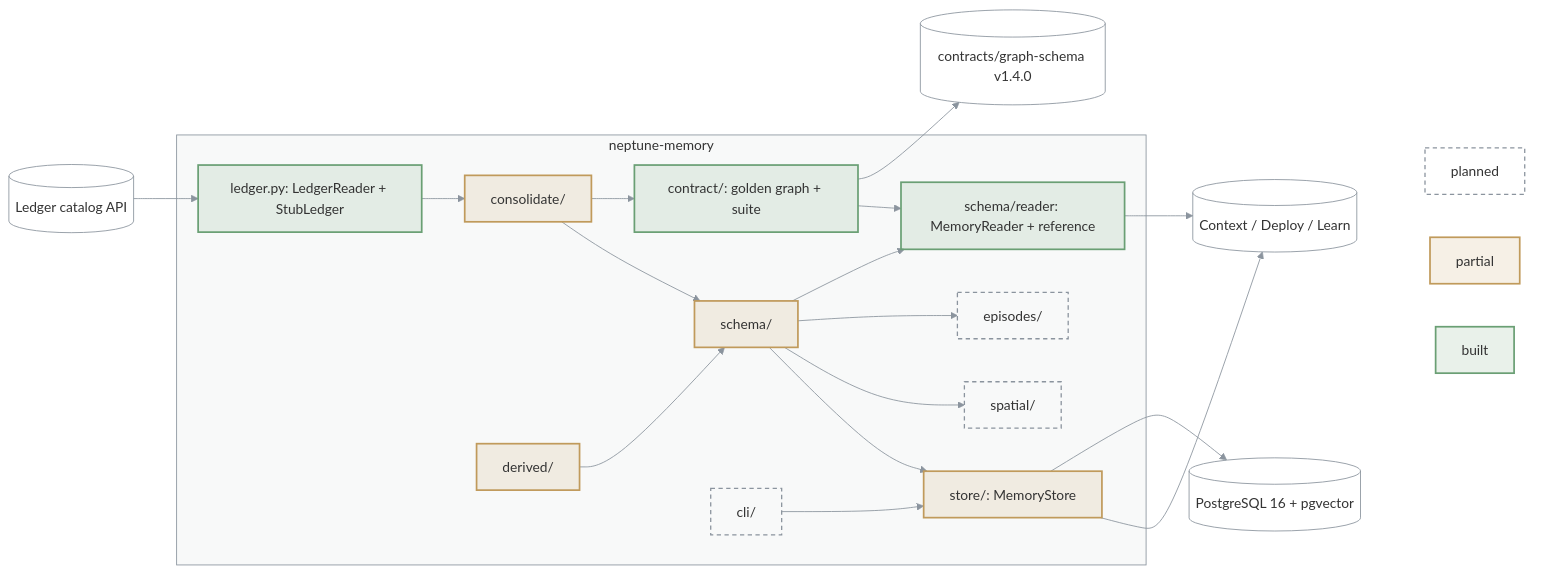
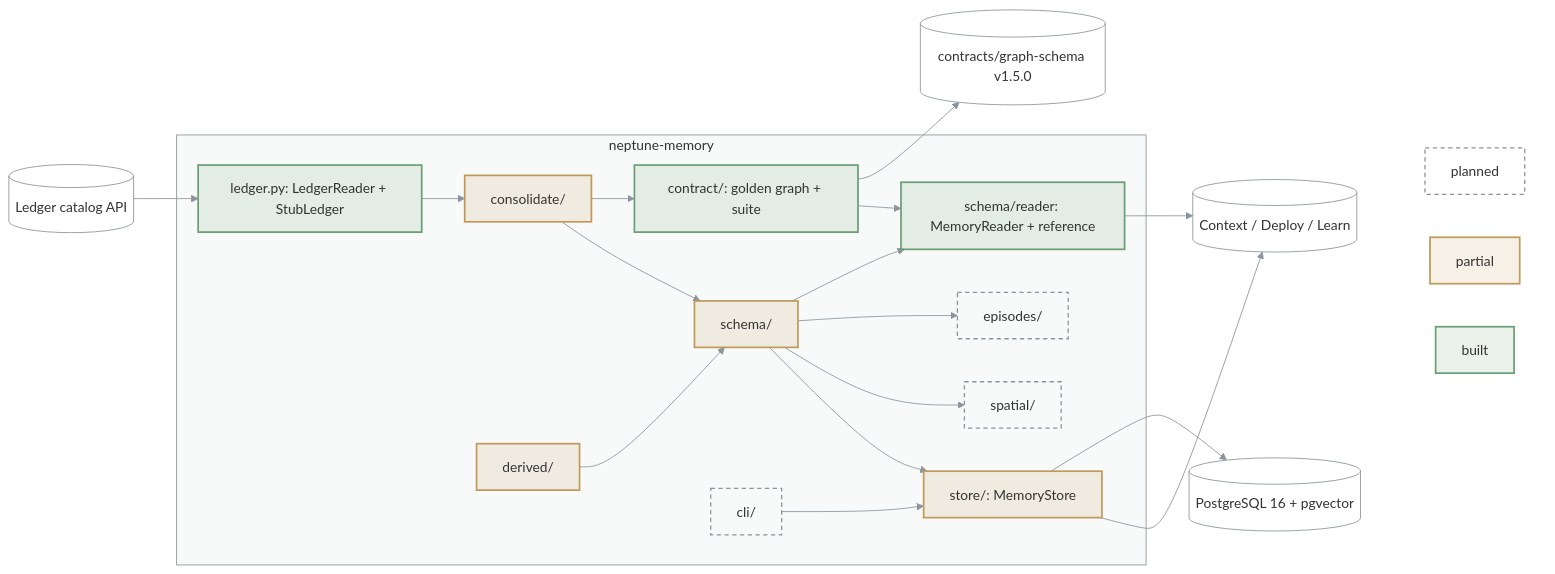
The diagram in packages/neptune-memory/ARCHITECTURE.md (bennytay/neptune), drawn with Mermaid before and after one commit. The commit also changed 29 other files, not shown here.

````diff
--- a/packages/neptune-memory/ARCHITECTURE.md
+++ b/packages/neptune-memory/ARCHITECTURE.md
@@ -3,48 +3,48 @@
 ```mermaid
 flowchart LR
   LED[("Ledger catalog API")]
   PG[("PostgreSQL 16 + pgvector")]
   subgraph M["neptune-memory"]
     SEAM["ledger.py: LedgerReader + StubLedger"]
     CON["consolidate/"]
     DER["derived/"]
     SCH["schema/"]
     RD["schema/reader: MemoryReader + reference"]
     CT["contract/: golden graph + suite"]
     STO["store/: MemoryStore"]
     SPA["spatial/"]
     EPI["episodes/"]
     CLI["cli/"]
   end
   OUT[("Context / Deploy / Learn")]
   LED --> SEAM --> CON --> SCH --> STO
   DER --> SCH
   SCH --> SPA & EPI
   SCH --> RD --> OUT
   CON --> CT --> RD
-  CT --> REG[("contracts/graph-schema v1.4.0")]
+  CT --> REG[("contracts/graph-schema v1.5.0")]
   STO --> OUT
   CLI --> STO
   STO --> PG
 
   subgraph KEY[" "]
     K1["built"]
     K2["partial"]
     K3["planned"]
   end
   OUT ~~~ K1 & K2 & K3
 
   classDef built fill:#6a9f7426,stroke:#6a9f74,stroke-width:2px
   classDef partial fill:#c09a5b26,stroke:#c09a5b,stroke-width:2px
   classDef todo fill:none,stroke:#8b949e,stroke-width:1.5px,stroke-dasharray:5 4
   classDef ext fill:none,stroke:#8b949e,stroke-width:1px
   class K1 built
   class K2 partial
   class SPA,EPI,CLI,K3 todo
   class CON,DER,SCH,STO partial
   class SEAM,RD,CT built
   class LED,OUT,PG,REG ext
   style M fill:#8b949e0f,stroke:#8b949e
   style KEY fill:none,stroke:none
   linkStyle default stroke:#8b949e
 ```
````
